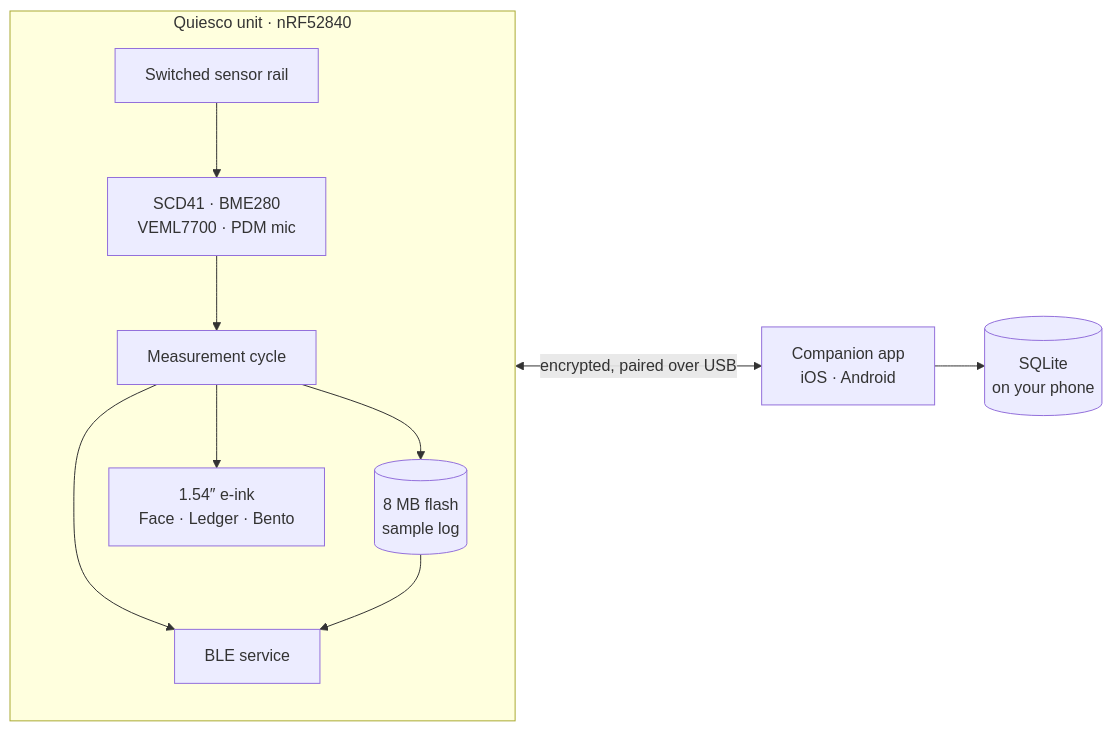
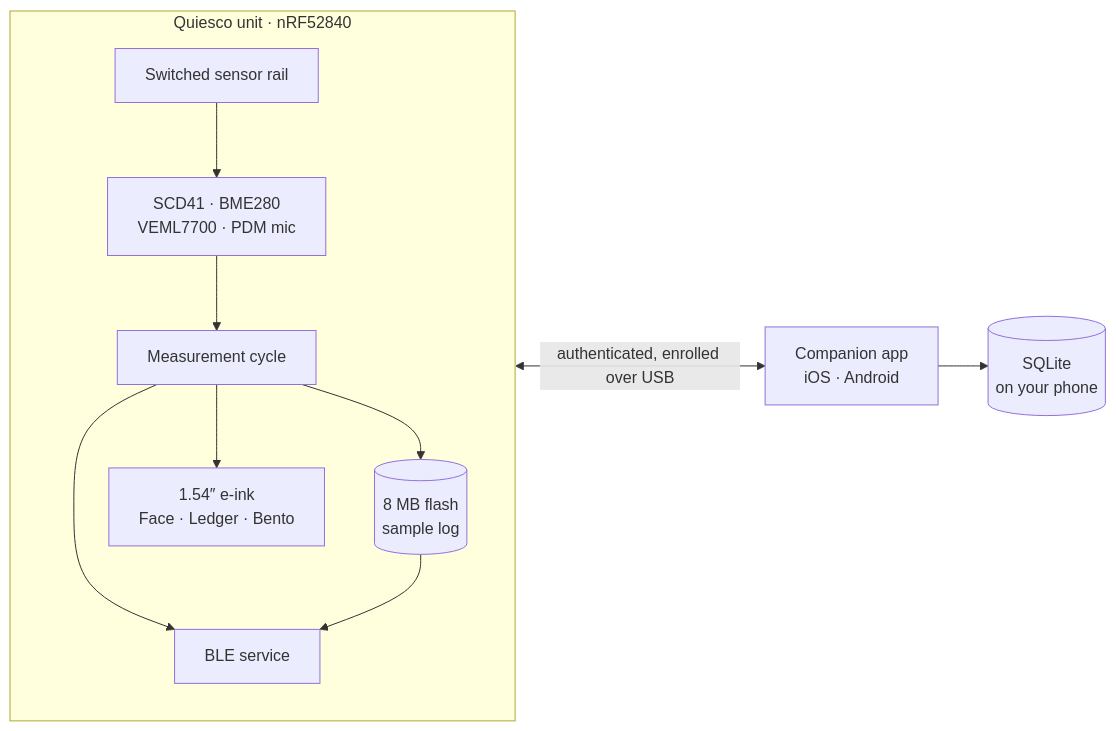
Before and after one commit to OxMarco/Quiesco: the diagram in README.md, drawn with Mermaid. The commit also changed other lines of this file and 5 other files, not shown here.

````diff
--- a/README.md
+++ b/README.md
@@ -91,14 +91,14 @@
 ```mermaid
 flowchart LR
     subgraph unit["Quiesco unit · nRF52840"]
         direction TB
         rail["Switched sensor rail"] --> sensors["SCD41 · BME280<br/>VEML7700 · PDM mic"]
         sensors --> cycle["Measurement cycle"]
         cycle --> flash[("8 MB flash<br/>sample log")]
         cycle --> eink["1.54″ e-ink<br/>Face · Ledger · Bento"]
         cycle --> ble["BLE service"]
         flash --> ble
     end
-    ble <-- "encrypted, paired over USB" --> app["Companion app<br/>iOS · Android"]
+    ble <-- "authenticated, enrolled over USB" --> app["Companion app<br/>iOS · Android"]
     app --> db[("SQLite<br/>on your phone")]
 ```
````
